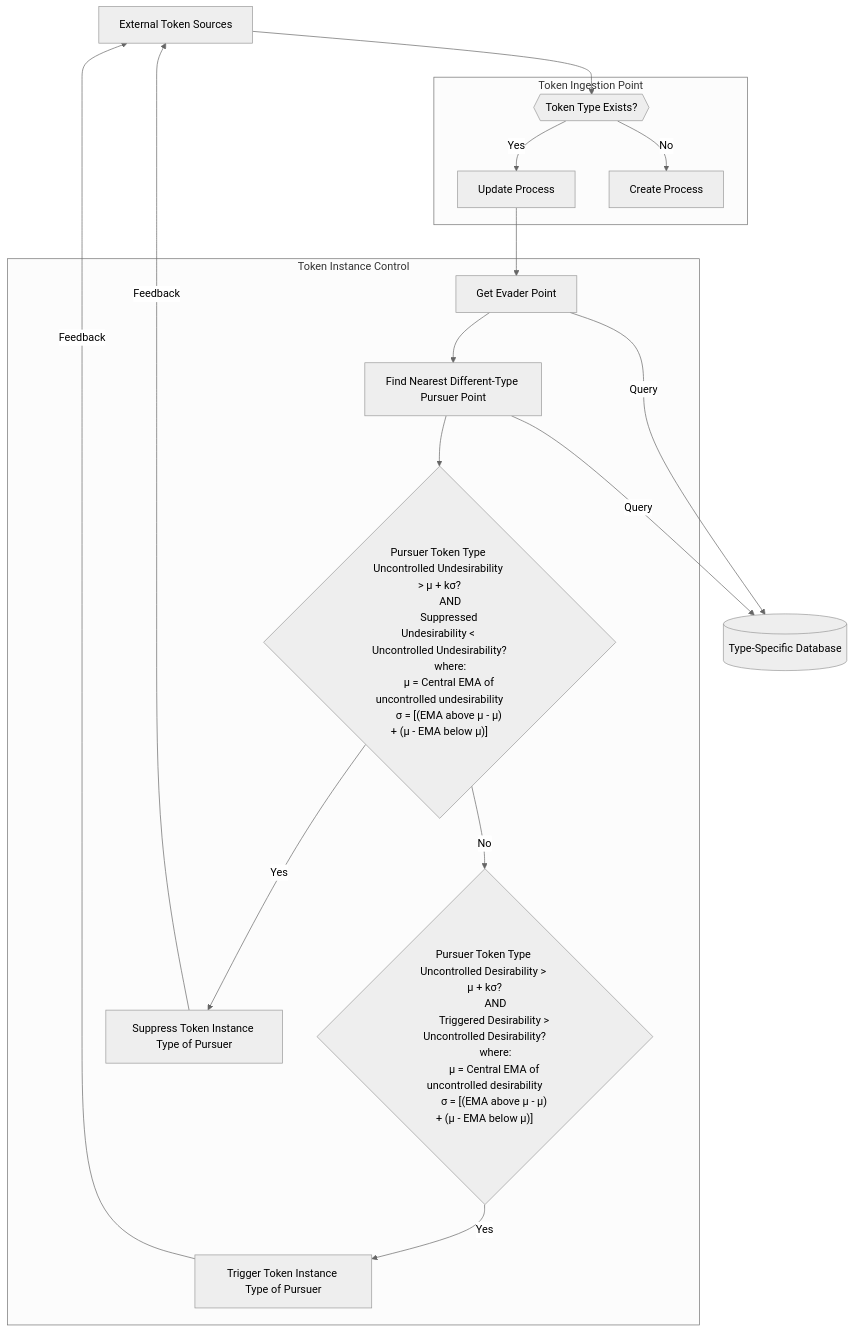
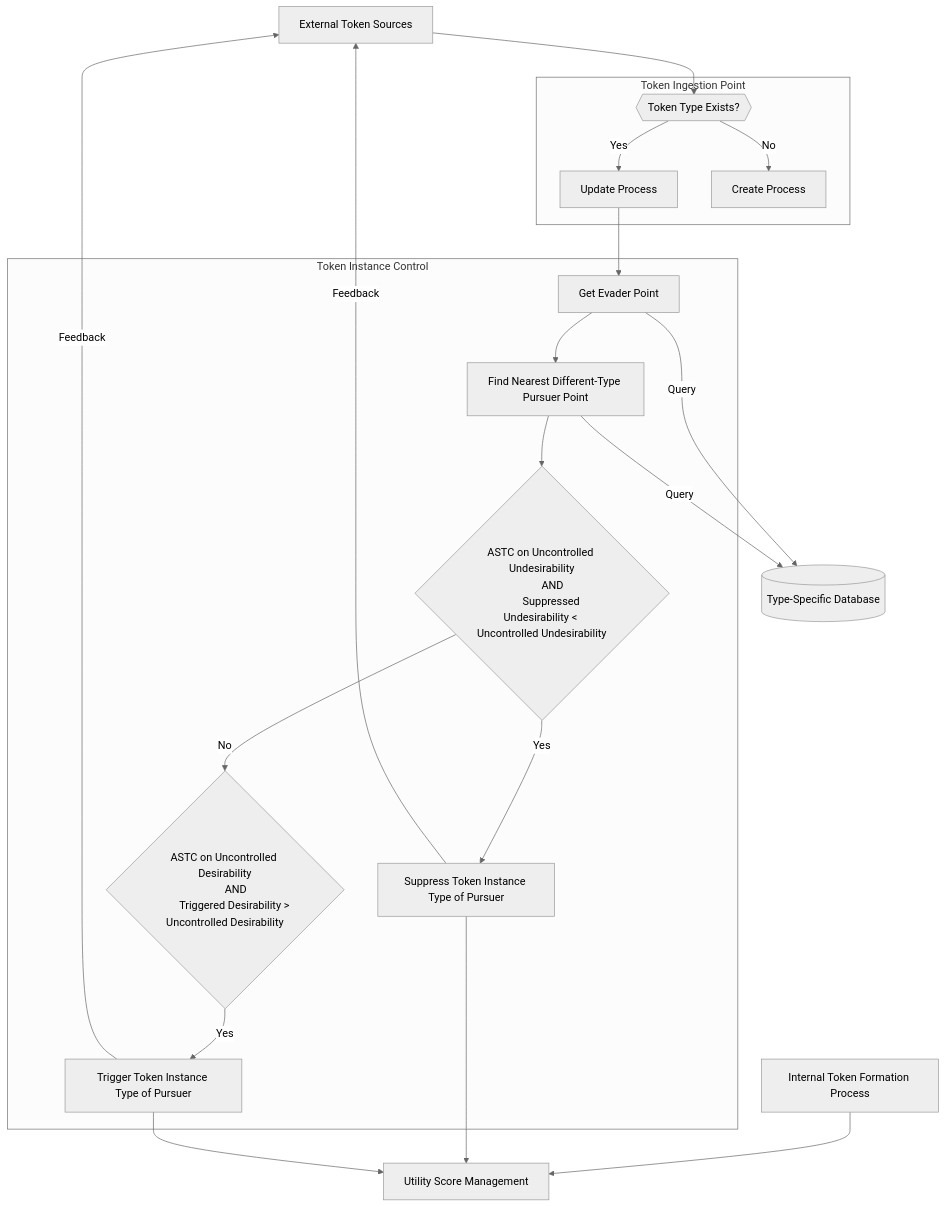
Before and after one commit to mattferrin/mattferrin: the tenth of 11 diagrams in README.md, drawn with Mermaid (neutral theme). The commit also changed other lines of this file, not shown here.

````diff
--- a/README.md
+++ b/README.md
@@ -357,47 +404,47 @@
 ```mermaid
 graph TD;
     ExternalSources["External Token Sources"]
     
     subgraph "Token Ingestion Point"
         TokenCheck{{"Token Type Exists?"}}
         UpdateProcess["Update Process"]
         CreateProcess["Create Process"]
         
         TokenCheck -->|Yes| UpdateProcess
         TokenCheck -->|No| CreateProcess
     end
 
     subgraph "Token Instance Control"
         GetEvaderPoint["Get Evader Point"]
         FindNearestPursuer["Find Nearest Different-Type Pursuer Point"]
-        UndesirabilityCheck{"Pursuer Token Type Uncontrolled Undesirability > μ + kσ?
+        UndesirabilityCheck{"ASTC on Uncontrolled Undesirability
         AND
-        Suppressed Undesirability < Uncontrolled Undesirability?
-        where:
-        μ = Central EMA of uncontrolled undesirability
-        σ = [(EMA above μ - μ) + (μ - EMA below μ)]"}
-        DesirabilityCheck{"Pursuer Token Type Uncontrolled Desirability > μ + kσ?
+        Suppressed Undesirability < Uncontrolled Undesirability"}
+        
+        DesirabilityCheck{"ASTC on Uncontrolled Desirability
         AND
-        Triggered Desirability > Uncontrolled Desirability?
-        where:
-        μ = Central EMA of uncontrolled desirability
-        σ = [(EMA above μ - μ) + (μ - EMA below μ)]"}
+        Triggered Desirability > Uncontrolled Desirability"}
         SuppressToken["Suppress Token Instance Type of Pursuer"]
         TriggerToken["Trigger Token Instance Type of Pursuer"]
 
         UpdateProcess --> GetEvaderPoint
         GetEvaderPoint --> FindNearestPursuer
         FindNearestPursuer --> UndesirabilityCheck
         UndesirabilityCheck -->|Yes| SuppressToken
         UndesirabilityCheck -->|No| DesirabilityCheck
         DesirabilityCheck -->|Yes| TriggerToken
     end
 
+    UpdateUtilityScores["Utility Score Management"]
+    InternalFormation["Internal Token Formation Process"] --> UpdateUtilityScores
+    SuppressToken --> UpdateUtilityScores
+    TriggerToken --> UpdateUtilityScores
+
     TypeSpecificDB[(Type-Specific Database)]
     
     ExternalSources --> TokenCheck
     GetEvaderPoint -->|Query| TypeSpecificDB
     FindNearestPursuer -->|Query| TypeSpecificDB
     SuppressToken -->|Feedback| ExternalSources
     TriggerToken -->|Feedback| ExternalSources
 ```
````
